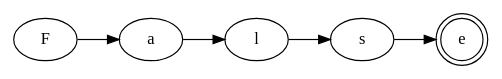
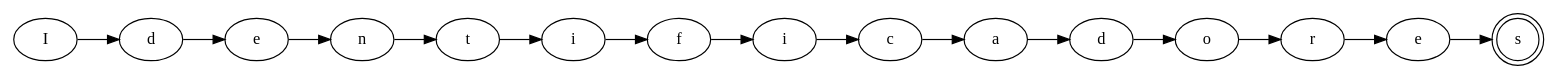
Before and after one commit to dxRony/LenguajesF: the diagram in src/main/java/archivos/grafo.dot, drawn with Graphviz. The commit also changed 87 other files, not shown here.

```diff
--- a/src/main/java/archivos/grafo.dot
+++ b/src/main/java/archivos/grafo.dot
@@ -1,12 +1,32 @@
 digraph{
 rankdir=LR
- node0 [label="F", shape=ellipse];
- node1 [label="a", shape=ellipse];
+ node0 [label="I", shape=ellipse];
+ node1 [label="d", shape=ellipse];
   node0 -> node1;
- node2 [label="l", shape=ellipse];
+ node2 [label="e", shape=ellipse];
   node1 -> node2;
- node3 [label="s", shape=ellipse];
+ node3 [label="n", shape=ellipse];
   node2 -> node3;
- node4 [label="e", shape=doublecircle];
+ node4 [label="t", shape=ellipse];
   node3 -> node4;
+ node5 [label="i", shape=ellipse];
+  node4 -> node5;
+ node6 [label="f", shape=ellipse];
+  node5 -> node6;
+ node7 [label="i", shape=ellipse];
+  node6 -> node7;
+ node8 [label="c", shape=ellipse];
+  node7 -> node8;
+ node9 [label="a", shape=ellipse];
+  node8 -> node9;
+ node10 [label="d", shape=ellipse];
+  node9 -> node10;
+ node11 [label="o", shape=ellipse];
+  node10 -> node11;
+ node12 [label="r", shape=ellipse];
+  node11 -> node12;
+ node13 [label="e", shape=ellipse];
+  node12 -> node13;
+ node14 [label="s", shape=doublecircle];
+  node13 -> node14;
 }
```
